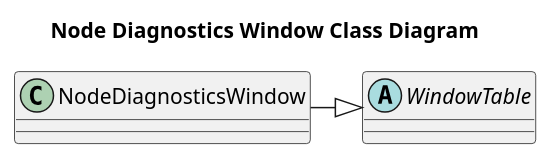
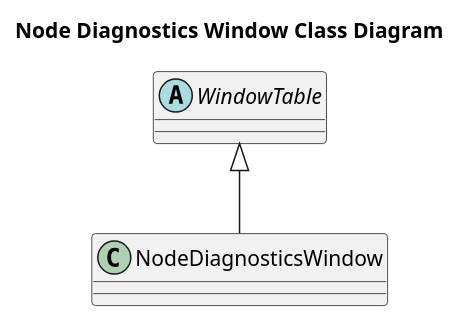
Before and after one commit to dgitz/eros: the diagram in doc/SystemMonitor/Windows/NodeDiagnosticsWindow/NodeDiagnosticsClassDiagram.puml, drawn with PlantUML. The commit also changed 44 other files, not shown here.

```diff
--- a/doc/SystemMonitor/Windows/NodeDiagnosticsWindow/NodeDiagnosticsClassDiagram.puml
+++ b/doc/SystemMonitor/Windows/NodeDiagnosticsWindow/NodeDiagnosticsClassDiagram.puml
@@ -1,10 +1,10 @@
 @startuml
 title "Node Diagnostics Window Class Diagram"
 abstract WindowTable {
     
 }
 class NodeDiagnosticsWindow {
 
 }
-NodeDiagnosticsWindow -|> WindowTable
+WindowTable <|-- NodeDiagnosticsWindow
 @enduml
```
